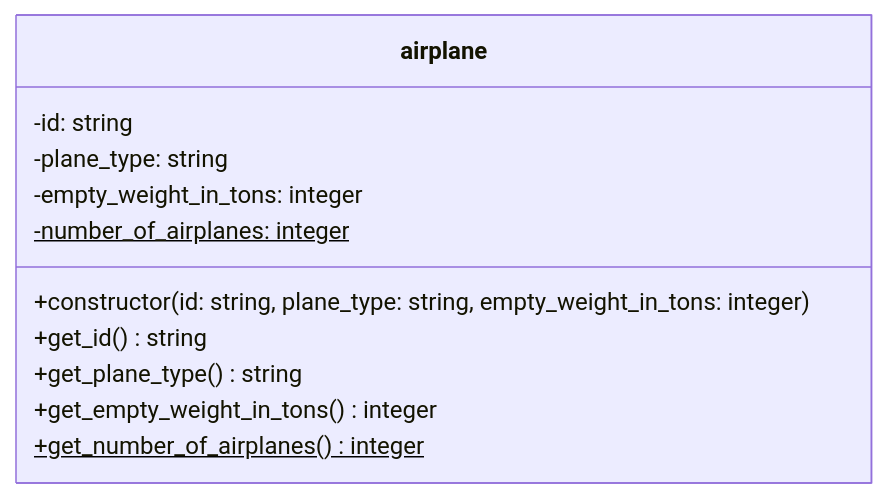
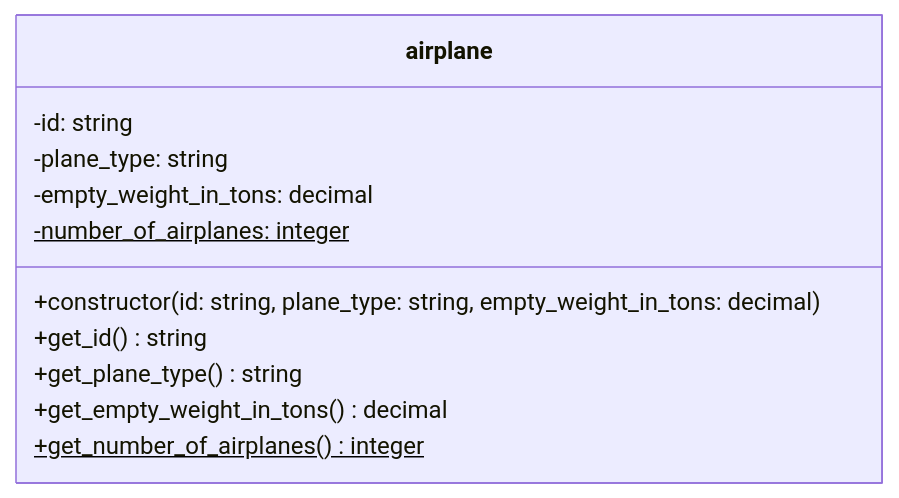
Before and after one commit to appenmaier/s4hana: the diagram in docs/exercises/abap-objects/abap-objects-04.md, drawn with Mermaid. The commit also changed 7 other files, not shown here.

````diff
--- a/docs/exercises/abap-objects/abap-objects-04.md
+++ b/docs/exercises/abap-objects/abap-objects-04.md
@@ -11,14 +11,14 @@
 ```mermaid
 classDiagram
    class airplane {
       -id: string
       -plane_type: string
-      -empty_weight_in_tons: integer
+      -empty_weight_in_tons: decimal
       -number_of_airplanes: integer$
-      +constructor(id: string, plane_type: string, empty_weight_in_tons: integer)
+      +constructor(id: string, plane_type: string, empty_weight_in_tons: decimal)
       +get_id() string
       +get_plane_type() string
-      +get_empty_weight_in_tons() integer
+      +get_empty_weight_in_tons() decimal
       +get_number_of_airplanes() integer$
    }
 ```
````
